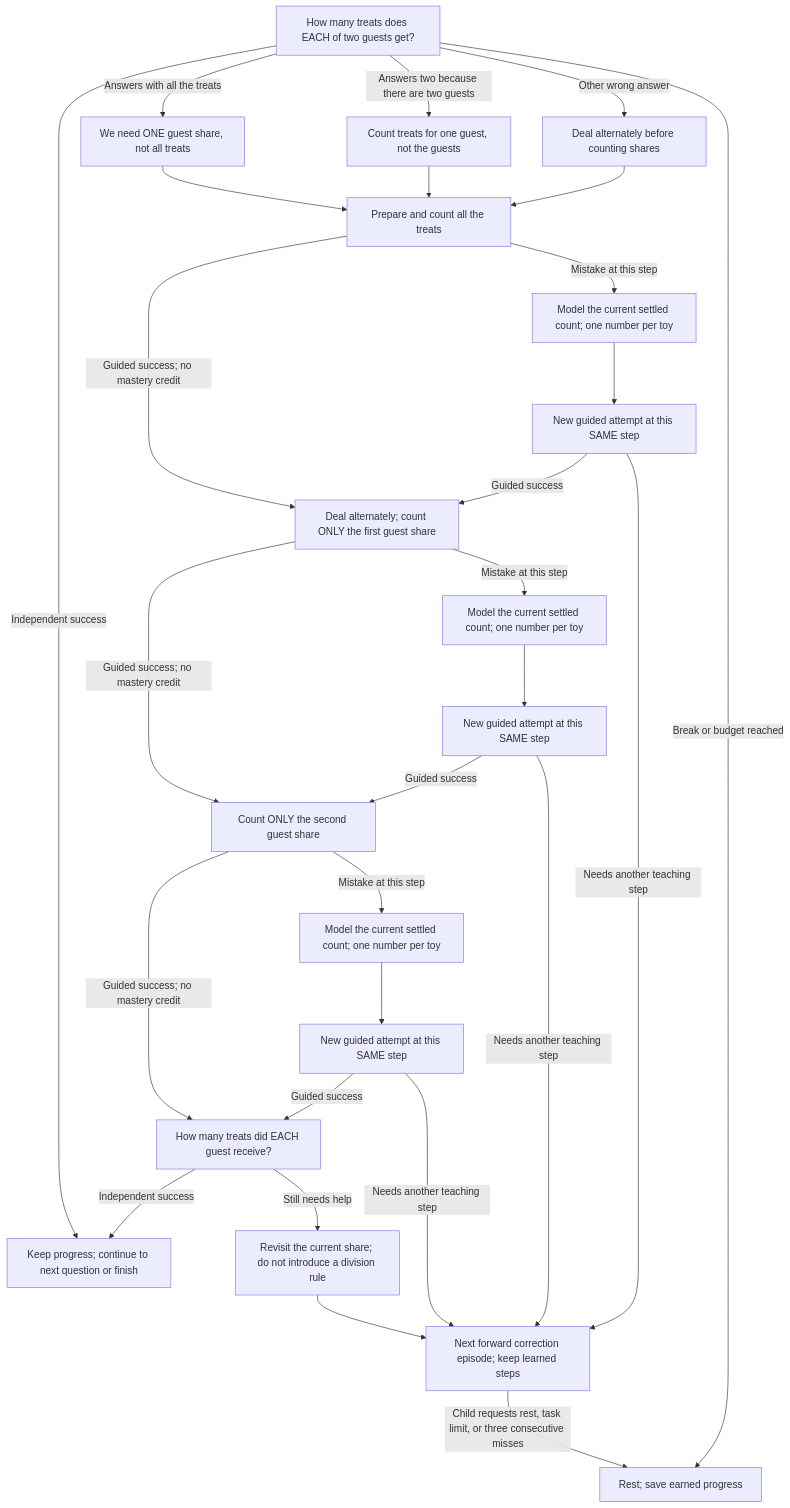
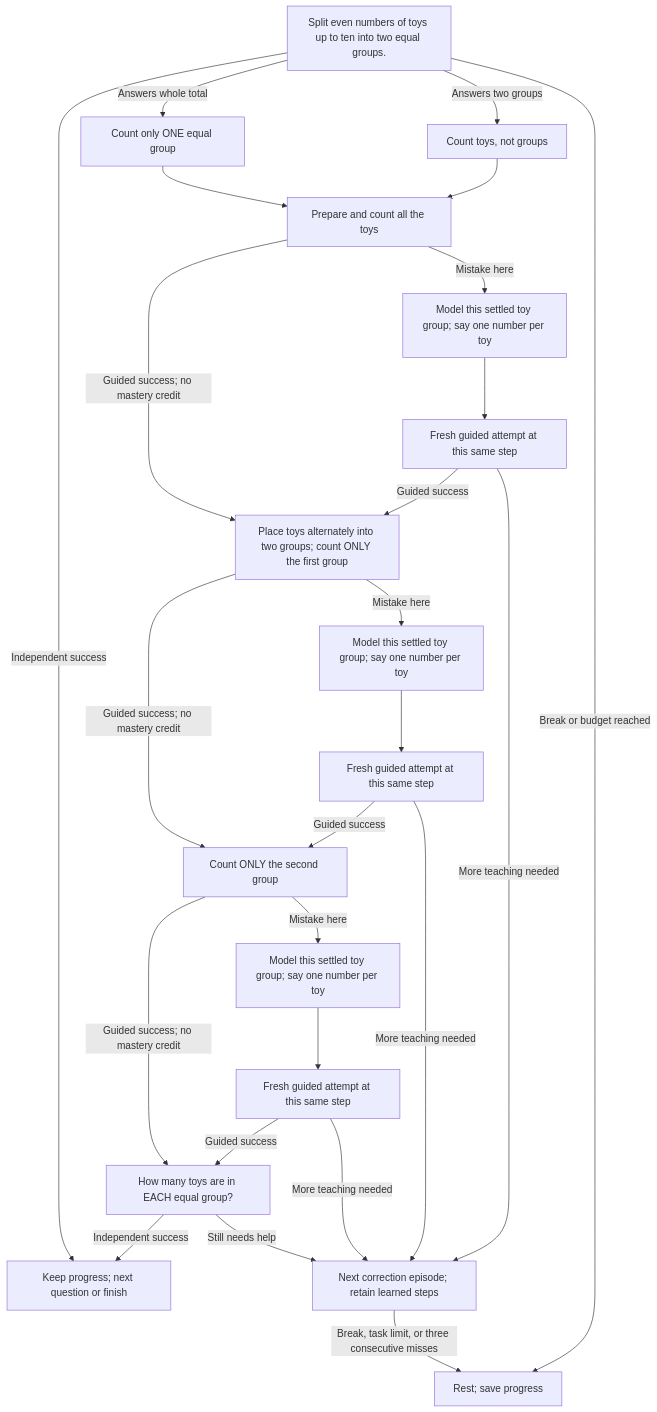
One commit to sealsbroken/unmath changed the diagram in docs/wiki/Lesson-10-Fair-share-cafe.md. Above: the diagram before and after it, drawn with Mermaid. The commit also changed other lines of this file and 33 other files, not shown here.

Commit message:
Start directly with real toys and remove pretend roles and adult prompts

````diff
--- a/docs/wiki/Lesson-10-Fair-share-cafe.md
+++ b/docs/wiki/Lesson-10-Fair-share-cafe.md
@@ -37,30 +32,27 @@
 ```mermaid
 flowchart TD
-    Choose["How many treats does EACH of two guests get?"] -->|"Independent success"| Done["Keep progress; continue to next question or finish"]
-    Choose -->|"Answers with all the treats"| E0["We need ONE guest share, not all treats"]
+    Start["Split even numbers of toys up to ten into two equal groups."] -->|"Independent success"| Done["Keep progress; next question or finish"]
+    Start -->|"Answers whole total"| E0["Count only ONE equal group"]
     E0 --> S0
-    Choose -->|"Answers two because there are two guests"| E1["Count treats for one guest, not the guests"]
+    Start -->|"Answers two groups"| E1["Count toys, not groups"]
     E1 --> S0
-    Choose -->|"Other wrong answer"| E2["Deal alternately before counting shares"]
-    E2 --> S0
-    S0["Prepare and count all the treats"] -->|"Guided success; no mastery credit"| S1
-    S0 -->|"Mistake at this step"| H0["Model the current settled count; one number per toy"]
-    H0 --> R0["New guided attempt at this SAME step"]
+    S0["Prepare and count all the toys"] -->|"Guided success; no mastery credit"| S1
+    S0 -->|"Mistake here"| H0["Model this settled toy group; say one number per toy"]
+    H0 --> R0["Fresh guided attempt at this same step"]
     R0 -->|"Guided success"| S1
-    R0 -->|"Needs another teaching step"| Continue["Next forward correction episode; keep learned steps"]
-    S1["Deal alternately; count ONLY the first guest share"] -->|"Guided success; no mastery credit"| S2
-    S1 -->|"Mistake at this step"| H1["Model the current settled count; one number per toy"]
-    H1 --> R1["New guided attempt at this SAME step"]
+    R0 -->|"More teaching needed"| Continue["Next correction episode; retain learned steps"]
+    S1["Place toys alternately into two groups; count ONLY the first group"] -->|"Guided success; no mastery credit"| S2
+    S1 -->|"Mistake here"| H1["Model this settled toy group; say one number per toy"]
+    H1 --> R1["Fresh guided attempt at this same step"]
     R1 -->|"Guided success"| S2
-    R1 -->|"Needs another teaching step"| Continue["Next forward correction episode; keep learned steps"]
-    S2["Count ONLY the second guest share"] -->|"Guided success; no mastery credit"| Follow
-    S2 -->|"Mistake at this step"| H2["Model the current settled count; one number per toy"]
-    H2 --> R2["New guided attempt at this SAME step"]
+    R1 -->|"More teaching needed"| Continue["Next correction episode; retain learned steps"]
+    S2["Count ONLY the second group"] -->|"Guided success; no mastery credit"| Follow
+    S2 -->|"Mistake here"| H2["Model this settled toy group; say one number per toy"]
+    H2 --> R2["Fresh guided attempt at this same step"]
     R2 -->|"Guided success"| Follow
-    R2 -->|"Needs another teaching step"| Continue["Next forward correction episode; keep learned steps"]
-    Follow["How many treats did EACH guest receive?"] -->|"Independent success"| Done
-    Follow -->|"Still needs help"| Focus["Revisit the current share; do not introduce a division rule"]
-    Focus --> Continue
-    Choose -->|"Break or budget reached"| Rest["Rest; save earned progress"]
-    Continue -->|"Child requests rest, task limit, or three consecutive misses"| Rest
+    R2 -->|"More teaching needed"| Continue["Next correction episode; retain learned steps"]
+    Follow["How many toys are in EACH equal group?"] -->|"Independent success"| Done
+    Follow -->|"Still needs help"| Continue
+    Start -->|"Break or budget reached"| Rest["Rest; save progress"]
+    Continue -->|"Break, task limit, or three consecutive misses"| Rest
 ```
````
